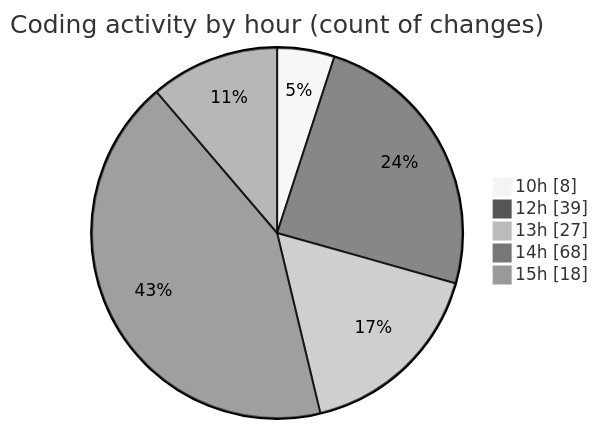
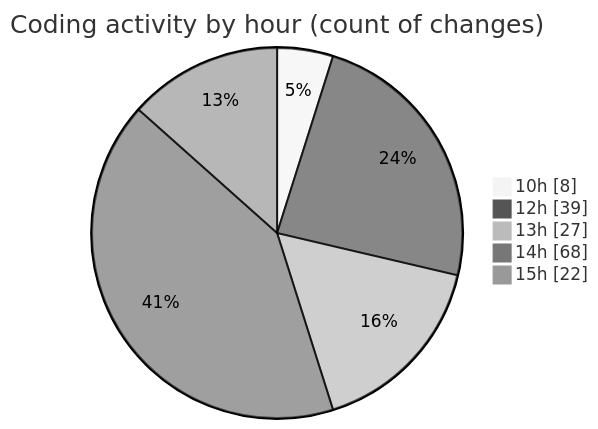
Before and after one commit to momahboobian/code-tracking: the second of 2 diagrams in 2025-05-02/cda/README.md, drawn with Mermaid (neutral theme). The commit also changed other lines of this file and 1 other file, not shown here.

````diff
--- a/2025-05-02/cda/README.md
+++ b/2025-05-02/cda/README.md
@@ -46,9 +46,9 @@
 ```mermaid
 pie showData
 title Coding activity by hour (count of changes)
 "10h" : 8
 "12h" : 39
 "13h" : 27
 "14h" : 68
-"15h" : 18
+"15h" : 22
 ```
````
